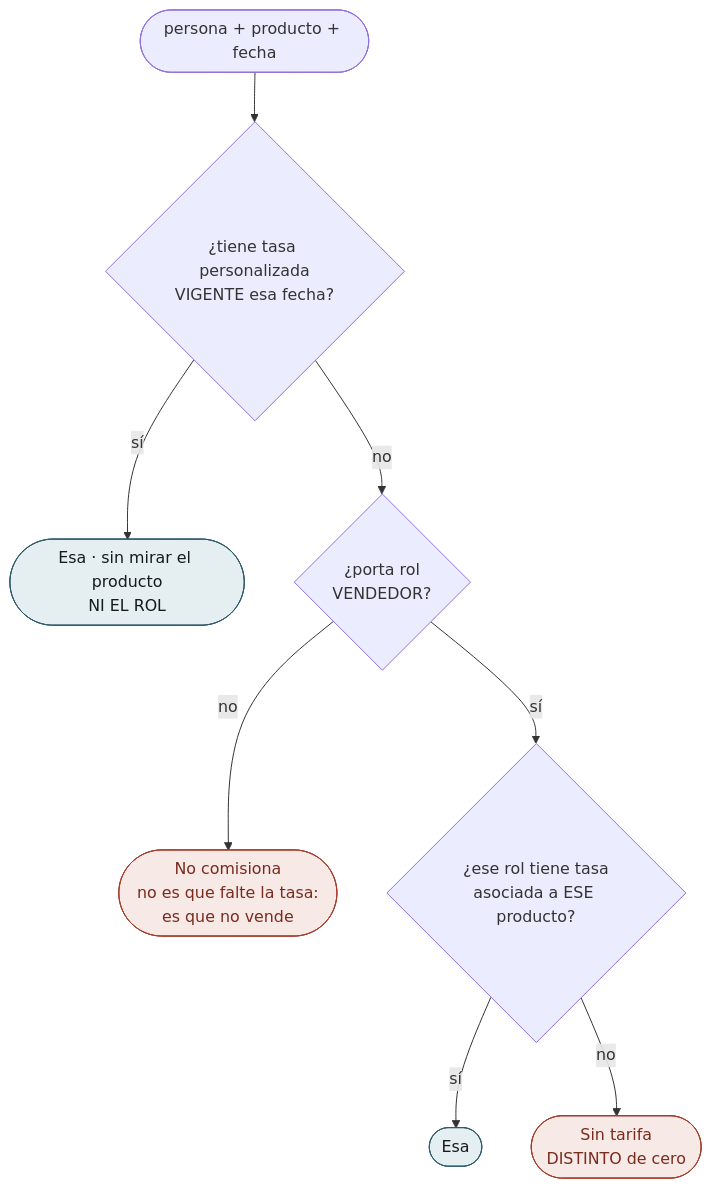
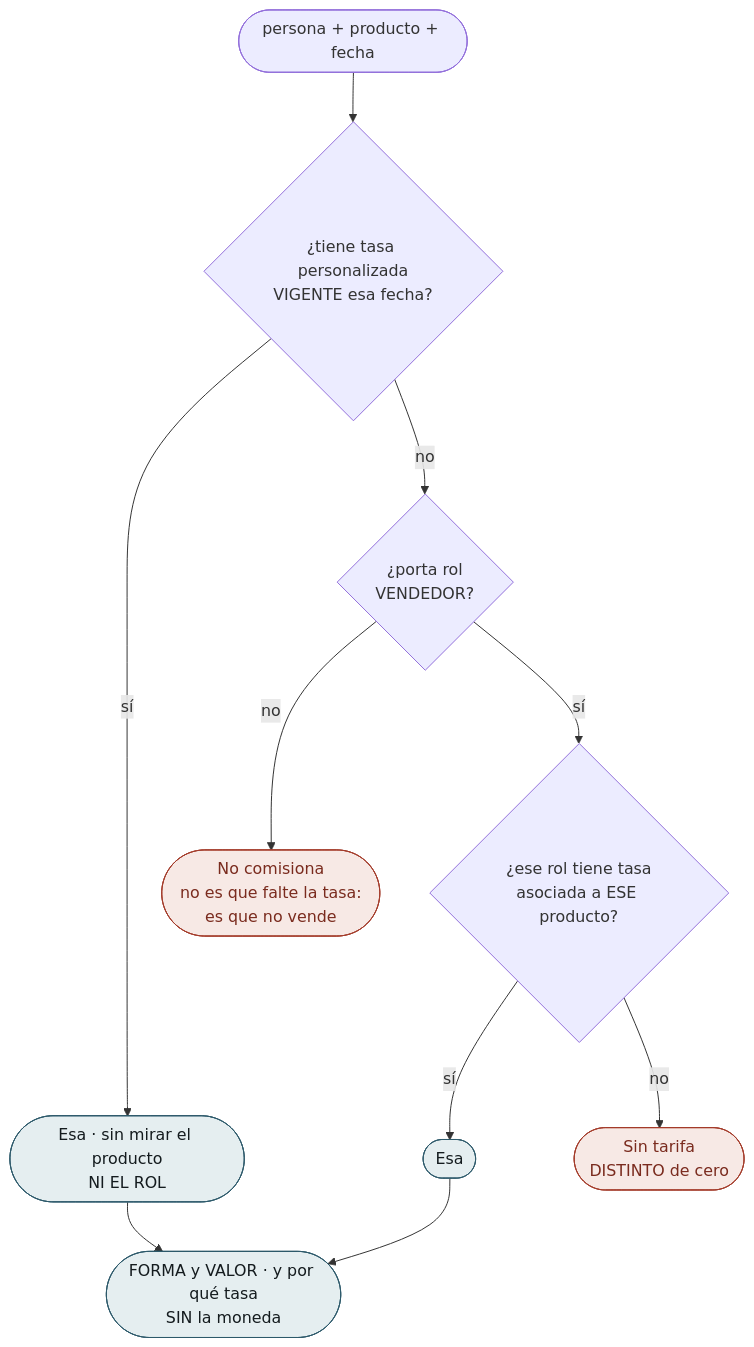
The second of 3 diagrams in docs/flujos/cm/flujos-del-modulo.md (NexusPro-Dev/backend), drawn with Mermaid before and after one commit. The commit also changed other lines of this file and 63 other files, not shown here.

````diff
--- a/docs/flujos/cm/flujos-del-modulo.md
+++ b/docs/flujos/cm/flujos-del-modulo.md
@@ -57,15 +67,17 @@
 ```mermaid
 flowchart TD
     A(["persona + producto + fecha"]) --> P{"¿tiene tasa personalizada<br/>VIGENTE esa fecha?"}
     P -->|sí| W1(["Esa · sin mirar el producto<br/>NI EL ROL"])
     P -->|no| R{"¿porta rol<br/>VENDEDOR?"}
     R -->|no| N1(["No comisiona<br/>no es que falte la tasa:<br/>es que no vende"])
     R -->|sí| Q{"¿ese rol tiene tasa<br/>asociada a ESE producto?"}
     Q -->|sí| W2(["Esa"])
     Q -->|no| N2(["Sin tarifa<br/>DISTINTO de cero"])
+    W1 --> S(["FORMA y VALOR · y por qué tasa<br/>SIN la moneda"])
+    W2 --> S
 
     classDef ok fill:#E5EEF0,stroke:#2D5A6B,color:#141B1E
     classDef nada fill:#F7E9E5,stroke:#A33B2A,color:#7A2B1E
-    class W1,W2 ok
+    class W1,W2,S ok
     class N1,N2 nada
 ```
````
